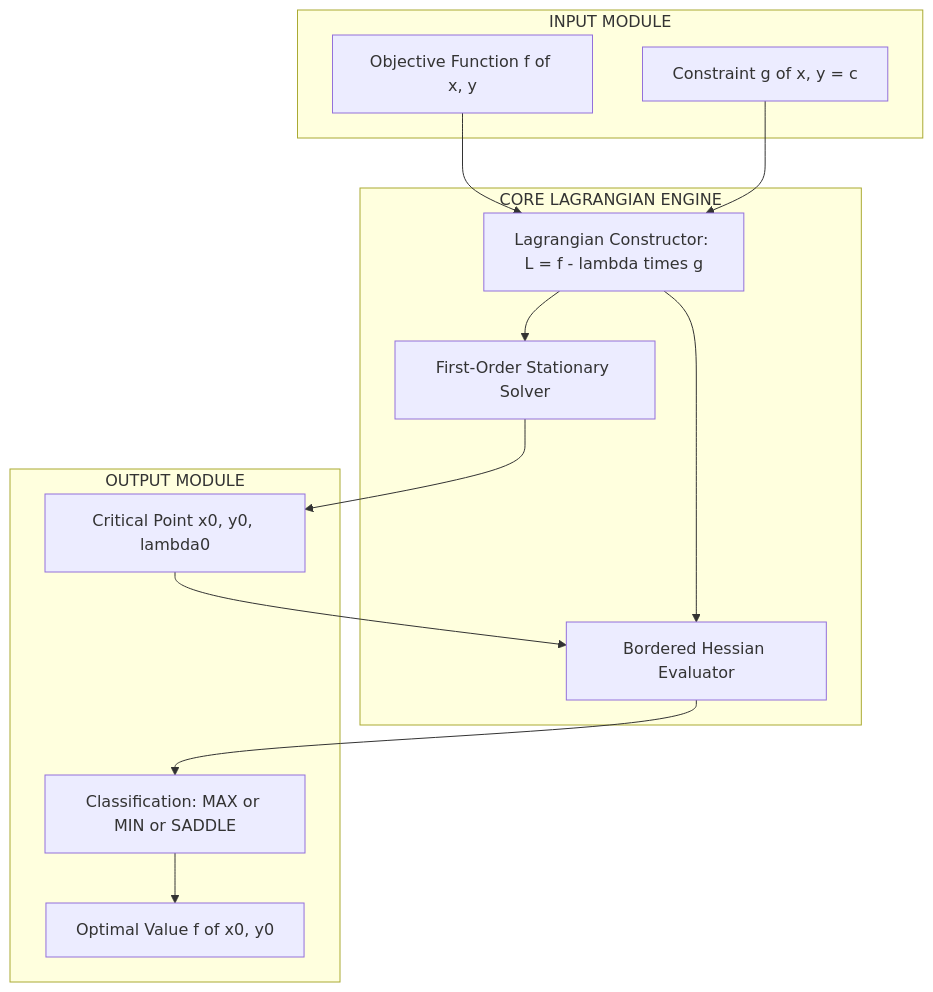
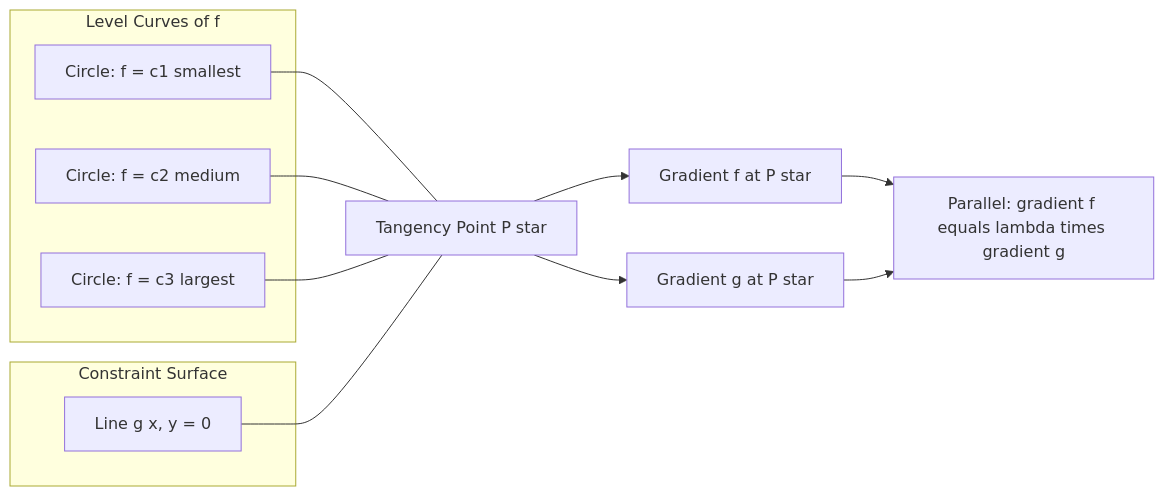
Before and after one commit to vishnuu-kr/ktunode: the second of 3 diagrams in public/notes/computer-science-and-engineering/semester-1/gamat101-mathematics-for-information-science-1/04-module-4-constrained-maxima-and-minima/constrained-maxima-and-minima/notes.md, drawn with Mermaid. The commit also changed other lines of this file and 4829 other files, not shown here.

````diff
--- a/public/notes/computer-science-and-engineering/semester-1/gamat101-mathematics-for-information-science-1/04-module-4-constrained-maxima-and-minima/constrained-maxima-and-minima/notes.md
+++ b/public/notes/computer-science-and-engineering/semester-1/gamat101-mathematics-for-information-science-1/04-module-4-constrained-maxima-and-minima/constrained-maxima-and-minima/notes.md
@@ -393,28 +464,19 @@
 ```mermaid
-graph TB
-    subgraph INPUT["INPUT MODULE"]
-        I1["Objective Function f of x, y"]
-        I2["Constraint g of x, y = c"]
+flowchart LR
+    subgraph LEVEL["Level Curves of f"]
+        C1["Circle: f = c1 smallest"]
+        C2["Circle: f = c2 medium"]
+        C3["Circle: f = c3 largest"]
     end
-
-    subgraph CORE["CORE LAGRANGIAN ENGINE"]
-        C1["Lagrangian Constructor: L = f - lambda times g"]
-        C2["First-Order Stationary Solver"]
-        C3["Bordered Hessian Evaluator"]
+    subgraph CON["Constraint Surface"]
+        L1["Line g x, y = 0"]
     end
-
-    subgraph OUTPUT["OUTPUT MODULE"]
-        O1["Critical Point x0, y0, lambda0"]
-        O2["Classification: MAX or MIN or SADDLE"]
-        O3["Optimal Value f of x0, y0"]
-    end
-
-    I1 --> C1
-    I2 --> C1
-    C1 --> C2
-    C2 --> O1
-    C1 --> C3
-    O1 --> C3
-    C3 --> O2
-    O2 --> O3
+    C1 --- TANG["Tangency Point P star"]
+    C2 --- TANG
+    C3 --- TANG
+    L1 --- TANG
+    TANG --> GD1["Gradient f at P star"]
+    TANG --> GD2["Gradient g at P star"]
+    GD1 --> PAR["Parallel: gradient f equals lambda times gradient g"]
+    GD2 --> PAR
 ```
````
